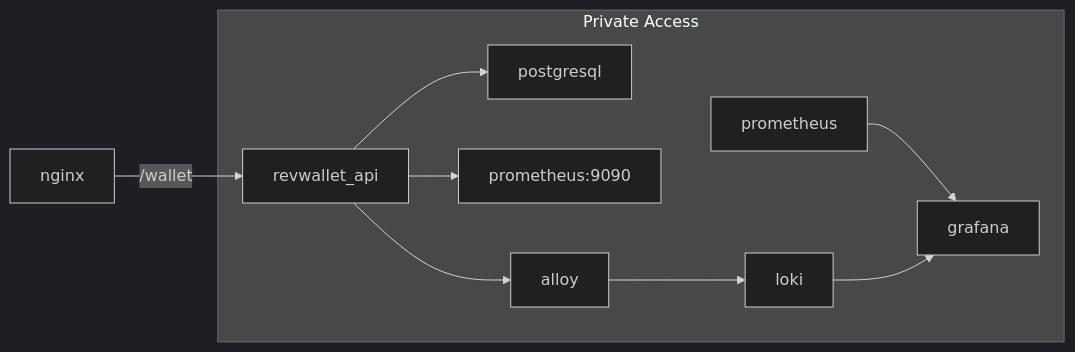
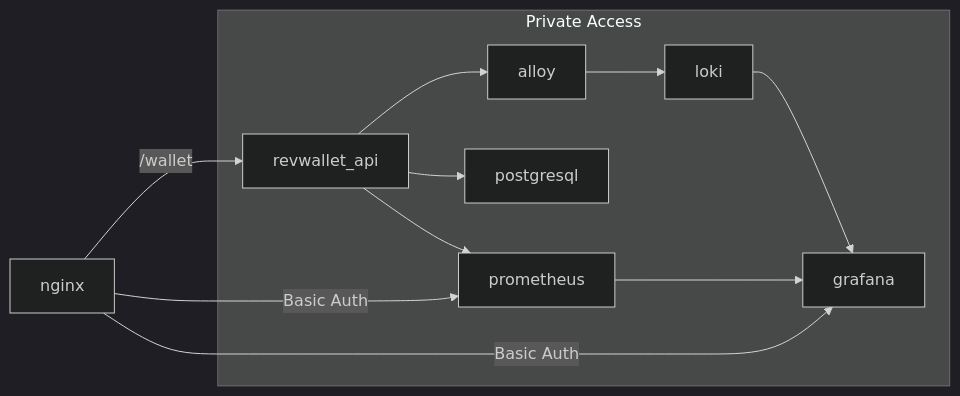
The diagram in README.md (arthurjguerra/revwallet), drawn with Mermaid (dark theme) before and after one commit.

Commit message:
feat: add arch diagram

````diff
--- a/README.md
+++ b/README.md
@@ -6,12 +6,14 @@
 ```mermaid
 flowchart LR
   nginx -- /wallet --> revwallet_api
+  nginx -- Basic Auth --> grafana
+  nginx -- Basic Auth --> prometheus
   subgraph Private Access
     revwallet_api --> postgresql
-    revwallet_api --> prometheus:9090
+    revwallet_api --> prometheus
     revwallet_api --> alloy
     prometheus --> grafana
     alloy --> loki
     loki --> grafana
   end
 ```
````
